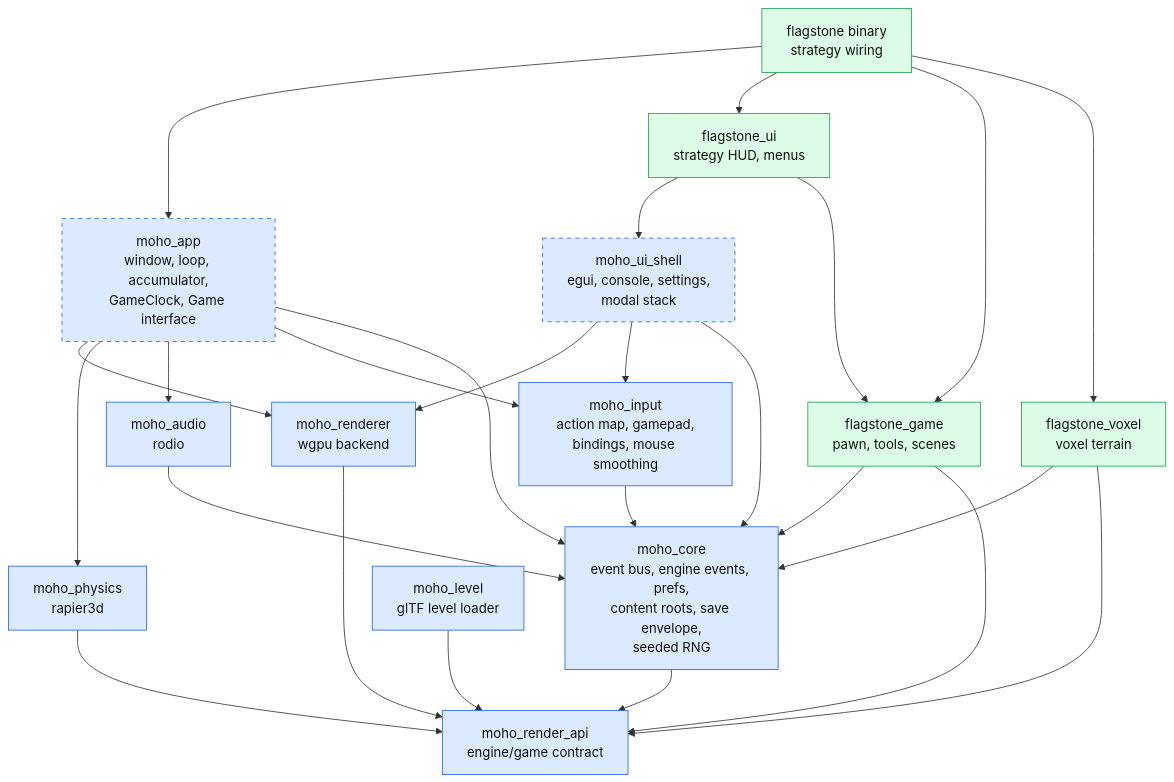
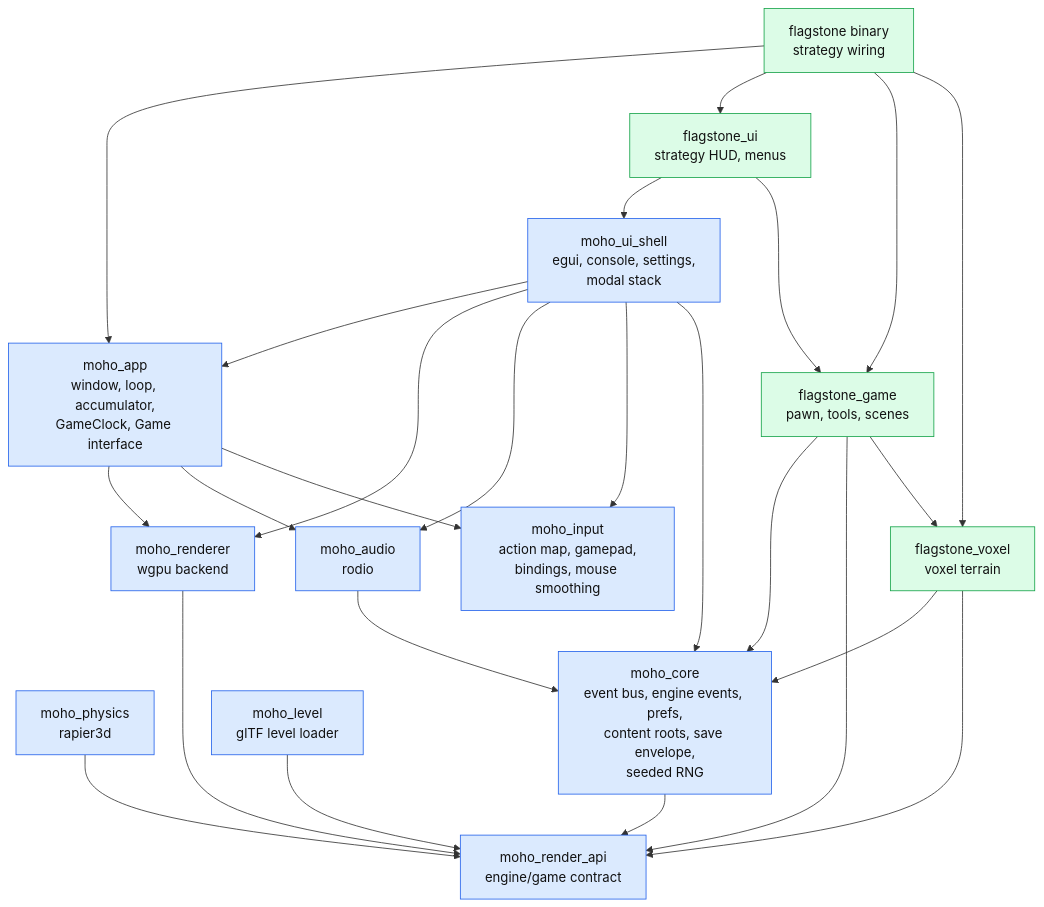
One commit to WrackedFella/moho changed the second of 3 diagrams in wiki/architecture/overview.md. Above: the diagram before and after it, drawn with Mermaid. The commit also changed other lines of this file, not shown here.

First line of the commit message:
docs: sync architecture overview and CLAUDE.md crate list with the code

````diff
--- a/wiki/architecture/overview.md
+++ b/wiki/architecture/overview.md
@@ -86,35 +86,32 @@
 ```mermaid
 flowchart TD
     sbin["flagstone binary<br/>strategy wiring"]:::strategy
     ui["flagstone_ui<br/>strategy HUD, menus"]:::strategy
     game["flagstone_game<br/>pawn, tools, scenes"]:::strategy
     voxel["flagstone_voxel<br/>voxel terrain"]:::strategy
 
-    app["moho_app<br/>window, loop, accumulator,<br/>GameClock, Game interface"]:::engineNew
-    shell["moho_ui_shell<br/>egui, console, settings,<br/>modal stack"]:::engineNew
+    app["moho_app<br/>window, loop, accumulator,<br/>GameClock, Game interface"]:::engine
+    shell["moho_ui_shell<br/>egui, console, settings,<br/>modal stack"]:::engine
     input["moho_input<br/>action map, gamepad,<br/>bindings, mouse smoothing"]:::engine
     renderer["moho_renderer<br/>wgpu backend"]:::engine
     physics["moho_physics<br/>rapier3d"]:::engine
     audio["moho_audio<br/>rodio"]:::engine
     core["moho_core<br/>event bus, engine events, prefs,<br/>content roots, save envelope,<br/>seeded RNG"]:::engine
     rapi["moho_render_api<br/>engine/game contract"]:::engine
     level["moho_level<br/>glTF level loader"]:::engine
 
     sbin --> app & ui & game & voxel
     ui --> shell & game
-    game --> core & rapi
+    game --> core & rapi & voxel
     voxel --> core & rapi
-    app --> renderer & physics & audio & input & core
-    shell --> renderer & input & core
-    input --> core
+    app --> renderer & audio & input
+    shell --> app & renderer & audio & input & core
     renderer --> rapi
     physics --> rapi
     audio --> core
     core --> rapi
     level --> rapi
 
     classDef engine fill:#dbeafe,stroke:#2563eb,color:#111
-    classDef engineNew fill:#dbeafe,stroke:#2563eb,stroke-dasharray:5 5,color:#111
     classDef strategy fill:#dcfce7,stroke:#16a34a,color:#111
-    classDef strategyNew fill:#dcfce7,stroke:#16a34a,stroke-dasharray:5 5,color:#111
 ```
````
